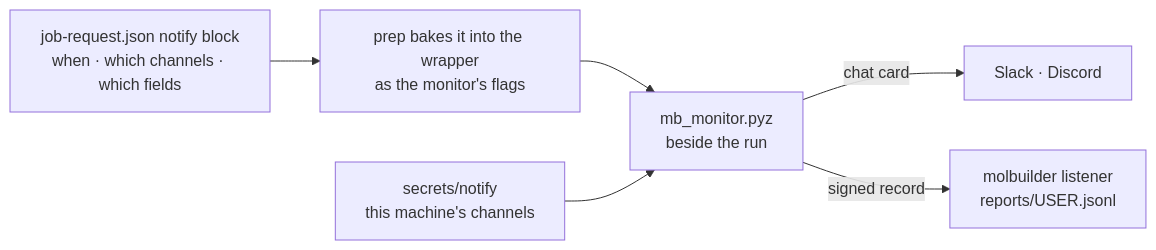
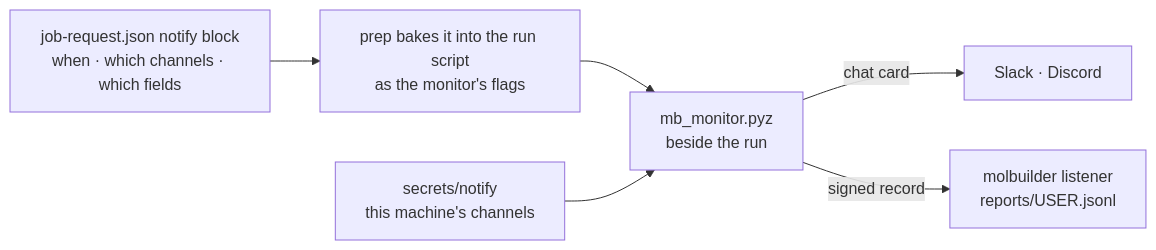
The first of 4 diagrams in docs/execution/run-reports.md (Qing-LAB/molbuilder), drawn with Mermaid before and after one commit. The commit also changed other lines of this file and 30 other files, not shown here.

````diff
--- a/docs/execution/run-reports.md
+++ b/docs/execution/run-reports.md
@@ -32,13 +40,13 @@
 ```mermaid
 flowchart LR
     T["job-request.json notify block<br/>when · which channels · which fields"]
-    P["prep bakes it into the wrapper<br/>as the monitor's flags"]
+    P["prep bakes it into the run script<br/>as the monitor's flags"]
     M["mb_monitor.pyz<br/>beside the run"]
     F["secrets/notify<br/>this machine's channels"]
     S["Slack · Discord"]
     L["molbuilder listener<br/>reports/USER.jsonl"]
     T --> P --> M
     F --> M
     M -->|"chat card"| S
     M -->|"signed record"| L
 ```
````
